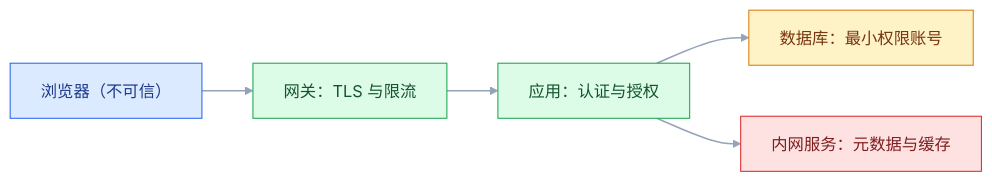
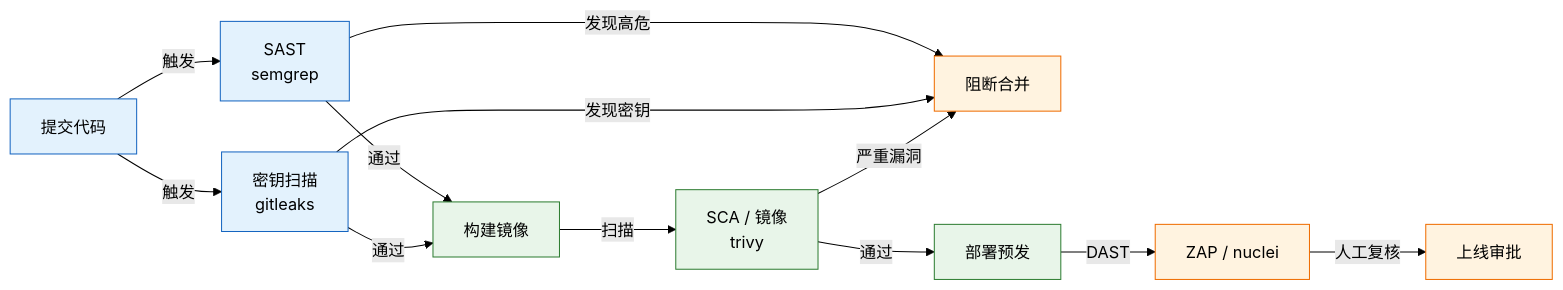
One commit to jimbosuper/studynotes changed the third of 3 diagrams in blog/src/notes/06-测试/04-专项测试/02-安全测试.md. Above: the diagram before and after it, drawn with Mermaid (forest theme). The commit also changed other lines of this file and 367 other files, not shown here.

````diff
--- a/blog/src/notes/06-测试/04-专项测试/02-安全测试.md
+++ b/blog/src/notes/06-测试/04-专项测试/02-安全测试.md
@@ -754,13 +653,20 @@
 ```mermaid
 flowchart LR
-    classDef client fill:#DBEAFE,stroke:#2563EB,color:#1E3A8A
-    classDef service fill:#DCFCE7,stroke:#16A34A,color:#14532D
-    classDef data fill:#FEF3C7,stroke:#D97706,color:#78350F
-    classDef danger fill:#FEE2E2,stroke:#DC2626,color:#7F1D1D
-
-    A["浏览器（不可信）"]:::client --> B["网关：TLS 与限流"]:::service
-    B --> C["应用：认证与授权"]:::service
-    C --> D["数据库：最小权限账号"]:::data
-    C --> E["内网服务：元数据与缓存"]:::danger
-    linkStyle default stroke:#94A3B8,stroke-width:1.5px
+    A["提交代码"] -->|"触发"| B["SAST<br/>semgrep"]
+    A -->|"触发"| C["密钥扫描<br/>gitleaks"]
+    B -->|"发现高危"| F["阻断合并"]
+    C -->|"发现密钥"| F
+    B -->|"通过"| D["构建镜像"]
+    C -->|"通过"| D
+    D -->|"扫描"| E["SCA / 镜像<br/>trivy"]
+    E -->|"严重漏洞"| F
+    E -->|"通过"| G["部署预发"]
+    G -->|"DAST"| H["ZAP / nuclei"]
+    H -->|"人工复核"| I["上线审批"]
+    classDef client fill:#e3f2fd,stroke:#1565c0;
+    classDef engine fill:#e8f5e9,stroke:#2e7d32;
+    classDef image fill:#fff3e0,stroke:#ef6c00;
+    class A,B,C client
+    class D,E,G engine
+    class F,H,I image
 ```
````
